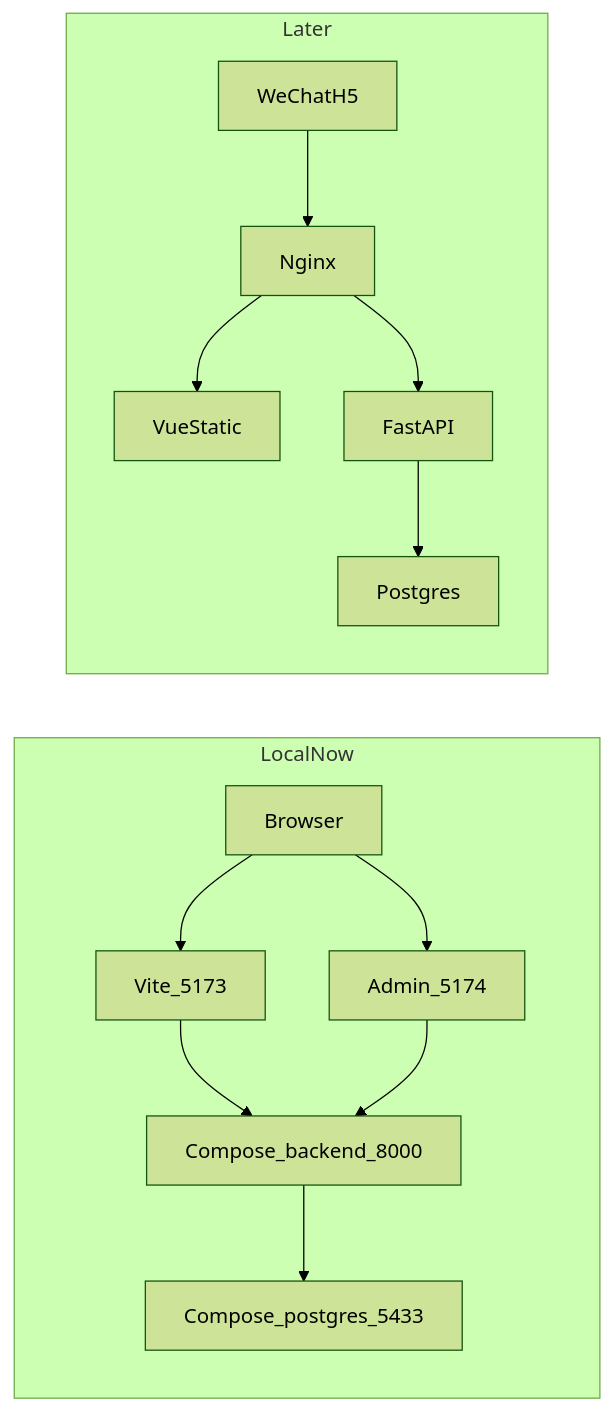
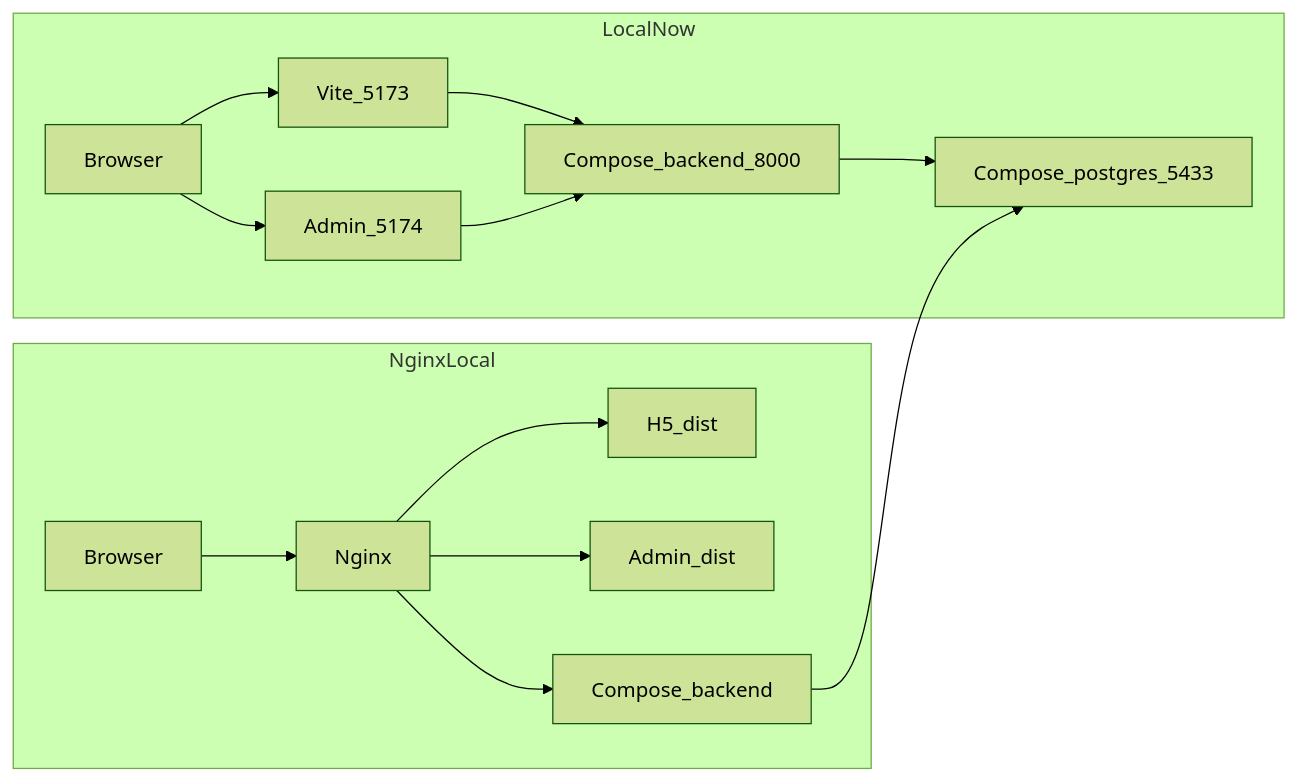
One commit to XXuyucheng/activity-booking changed the first of 2 diagrams in README.md. Above: the diagram before and after it, drawn with Mermaid (forest theme). The commit also changed other lines of this file and 45 other files, not shown here.

````diff
--- a/README.md
+++ b/README.md
@@ -55,16 +58,17 @@
 ```mermaid
 flowchart LR
   subgraph local [LocalNow]
     Browser[Browser] --> Vite[Vite_5173]
     Browser --> Admin[Admin_5174]
     Vite --> Api[Compose_backend_8000]
     Admin --> Api
     Api --> Pg[Compose_postgres_5433]
   end
-  subgraph later [Later]
-    Wx[WeChatH5] --> Nginx
-    Nginx --> Fe[VueStatic]
-    Nginx --> Be[FastAPI]
-    Be --> PgProd[Postgres]
+  subgraph later [NginxLocal]
+    Browser2[Browser] --> Nginx
+    Nginx --> H5static[H5_dist]
+    Nginx --> Adminstatic[Admin_dist]
+    Nginx --> Be[Compose_backend]
+    Be --> Pg
   end
 ```
````
